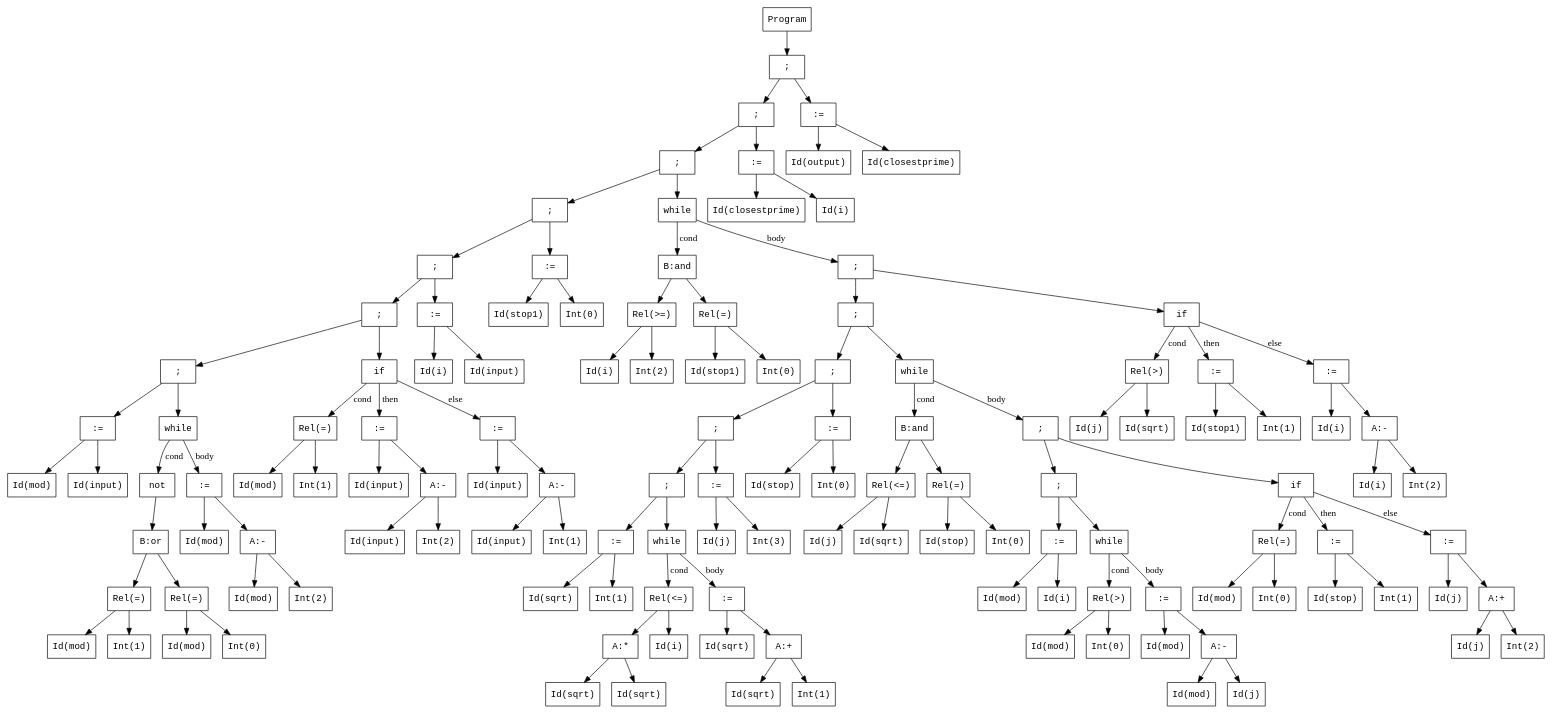
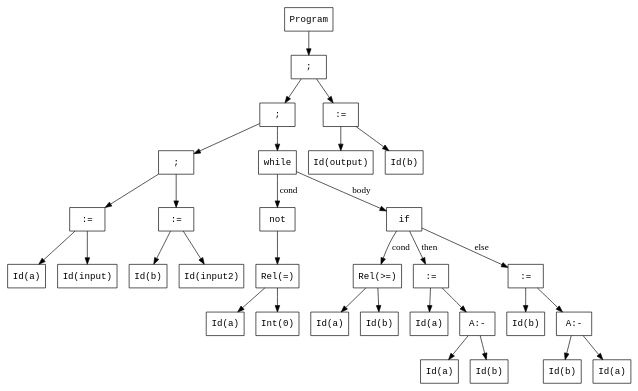
Before and after one commit to CatchSyntaxTerror/Terminators: the diagram in task5/ast.dot, drawn with Graphviz. The commit also changed 74 other files, not shown here.

```diff
--- a/task5/ast.dot
+++ b/task5/ast.dot
@@ -4,259 +4,63 @@
   n2 [label=";"];
   n3 [label=";"];
   n4 [label=";"];
-  n5 [label=";"];
-  n6 [label=";"];
-  n7 [label=";"];
-  n8 [label=";"];
-  n9 [label=":="];
-  n10 [label="Id(mod)"];
-  n11 [label="Id(input)"];
-  n9 -> n10;
-  n9 -> n11;
-  n12 [label="while"];
-  n13 [label="not"];
-  n14 [label="B:or"];
-  n15 [label="Rel(=)"];
-  n16 [label="Id(mod)"];
-  n17 [label="Int(1)"];
-  n15 -> n16;
-  n15 -> n17;
-  n18 [label="Rel(=)"];
-  n19 [label="Id(mod)"];
-  n20 [label="Int(0)"];
-  n18 -> n19;
-  n18 -> n20;
-  n14 -> n15;
-  n14 -> n18;
+  n5 [label=":="];
+  n6 [label="Id(a)"];
+  n7 [label="Id(input)"];
+  n5 -> n6;
+  n5 -> n7;
+  n8 [label=":="];
+  n9 [label="Id(b)"];
+  n10 [label="Id(input2)"];
+  n8 -> n9;
+  n8 -> n10;
+  n4 -> n5;
+  n4 -> n8;
+  n11 [label="while"];
+  n12 [label="not"];
+  n13 [label="Rel(=)"];
+  n14 [label="Id(a)"];
+  n15 [label="Int(0)"];
   n13 -> n14;
-  n21 [label=":="];
-  n22 [label="Id(mod)"];
-  n23 [label="A:-"];
-  n24 [label="Id(mod)"];
-  n25 [label="Int(2)"];
-  n23 -> n24;
-  n23 -> n25;
-  n21 -> n22;
-  n21 -> n23;
-  n12 -> n13 [label="cond"];
-  n12 -> n21 [label="body"];
-  n8 -> n9;
-  n8 -> n12;
-  n26 [label="if"];
-  n27 [label="Rel(=)"];
-  n28 [label="Id(mod)"];
-  n29 [label="Int(1)"];
+  n13 -> n15;
+  n12 -> n13;
+  n16 [label="if"];
+  n17 [label="Rel(>=)"];
+  n18 [label="Id(a)"];
+  n19 [label="Id(b)"];
+  n17 -> n18;
+  n17 -> n19;
+  n20 [label=":="];
+  n21 [label="Id(a)"];
+  n22 [label="A:-"];
+  n23 [label="Id(a)"];
+  n24 [label="Id(b)"];
+  n22 -> n23;
+  n22 -> n24;
+  n20 -> n21;
+  n20 -> n22;
+  n25 [label=":="];
+  n26 [label="Id(b)"];
+  n27 [label="A:-"];
+  n28 [label="Id(b)"];
+  n29 [label="Id(a)"];
   n27 -> n28;
   n27 -> n29;
+  n25 -> n26;
+  n25 -> n27;
+  n16 -> n17 [label="cond"];
+  n16 -> n20 [label="then"];
+  n16 -> n25 [label="else"];
+  n11 -> n12 [label="cond"];
+  n11 -> n16 [label="body"];
+  n3 -> n4;
+  n3 -> n11;
   n30 [label=":="];
-  n31 [label="Id(input)"];
-  n32 [label="A:-"];
-  n33 [label="Id(input)"];
-  n34 [label="Int(2)"];
-  n32 -> n33;
-  n32 -> n34;
+  n31 [label="Id(output)"];
+  n32 [label="Id(b)"];
   n30 -> n31;
   n30 -> n32;
-  n35 [label=":="];
-  n36 [label="Id(input)"];
-  n37 [label="A:-"];
-  n38 [label="Id(input)"];
-  n39 [label="Int(1)"];
-  n37 -> n38;
-  n37 -> n39;
-  n35 -> n36;
-  n35 -> n37;
-  n26 -> n27 [label="cond"];
-  n26 -> n30 [label="then"];
-  n26 -> n35 [label="else"];
-  n7 -> n8;
-  n7 -> n26;
-  n40 [label=":="];
-  n41 [label="Id(i)"];
-  n42 [label="Id(input)"];
-  n40 -> n41;
-  n40 -> n42;
-  n6 -> n7;
-  n6 -> n40;
-  n43 [label=":="];
-  n44 [label="Id(stop1)"];
-  n45 [label="Int(0)"];
-  n43 -> n44;
-  n43 -> n45;
-  n5 -> n6;
-  n5 -> n43;
-  n46 [label="while"];
-  n47 [label="B:and"];
-  n48 [label="Rel(>=)"];
-  n49 [label="Id(i)"];
-  n50 [label="Int(2)"];
-  n48 -> n49;
-  n48 -> n50;
-  n51 [label="Rel(=)"];
-  n52 [label="Id(stop1)"];
-  n53 [label="Int(0)"];
-  n51 -> n52;
-  n51 -> n53;
-  n47 -> n48;
-  n47 -> n51;
-  n54 [label=";"];
-  n55 [label=";"];
-  n56 [label=";"];
-  n57 [label=";"];
-  n58 [label=";"];
-  n59 [label=":="];
-  n60 [label="Id(sqrt)"];
-  n61 [label="Int(1)"];
-  n59 -> n60;
-  n59 -> n61;
-  n62 [label="while"];
-  n63 [label="Rel(<=)"];
-  n64 [label="A:*"];
-  n65 [label="Id(sqrt)"];
-  n66 [label="Id(sqrt)"];
-  n64 -> n65;
-  n64 -> n66;
-  n67 [label="Id(i)"];
-  n63 -> n64;
-  n63 -> n67;
-  n68 [label=":="];
-  n69 [label="Id(sqrt)"];
-  n70 [label="A:+"];
-  n71 [label="Id(sqrt)"];
-  n72 [label="Int(1)"];
-  n70 -> n71;
-  n70 -> n72;
-  n68 -> n69;
-  n68 -> n70;
-  n62 -> n63 [label="cond"];
-  n62 -> n68 [label="body"];
-  n58 -> n59;
-  n58 -> n62;
-  n73 [label=":="];
-  n74 [label="Id(j)"];
-  n75 [label="Int(3)"];
-  n73 -> n74;
-  n73 -> n75;
-  n57 -> n58;
-  n57 -> n73;
-  n76 [label=":="];
-  n77 [label="Id(stop)"];
-  n78 [label="Int(0)"];
-  n76 -> n77;
-  n76 -> n78;
-  n56 -> n57;
-  n56 -> n76;
-  n79 [label="while"];
-  n80 [label="B:and"];
-  n81 [label="Rel(<=)"];
-  n82 [label="Id(j)"];
-  n83 [label="Id(sqrt)"];
-  n81 -> n82;
-  n81 -> n83;
-  n84 [label="Rel(=)"];
-  n85 [label="Id(stop)"];
-  n86 [label="Int(0)"];
-  n84 -> n85;
-  n84 -> n86;
-  n80 -> n81;
-  n80 -> n84;
-  n87 [label=";"];
-  n88 [label=";"];
-  n89 [label=":="];
-  n90 [label="Id(mod)"];
-  n91 [label="Id(i)"];
-  n89 -> n90;
-  n89 -> n91;
-  n92 [label="while"];
-  n93 [label="Rel(>)"];
-  n94 [label="Id(mod)"];
-  n95 [label="Int(0)"];
-  n93 -> n94;
-  n93 -> n95;
-  n96 [label=":="];
-  n97 [label="Id(mod)"];
-  n98 [label="A:-"];
-  n99 [label="Id(mod)"];
-  n100 [label="Id(j)"];
-  n98 -> n99;
-  n98 -> n100;
-  n96 -> n97;
-  n96 -> n98;
-  n92 -> n93 [label="cond"];
-  n92 -> n96 [label="body"];
-  n88 -> n89;
-  n88 -> n92;
-  n101 [label="if"];
-  n102 [label="Rel(=)"];
-  n103 [label="Id(mod)"];
-  n104 [label="Int(0)"];
-  n102 -> n103;
-  n102 -> n104;
-  n105 [label=":="];
-  n106 [label="Id(stop)"];
-  n107 [label="Int(1)"];
-  n105 -> n106;
-  n105 -> n107;
-  n108 [label=":="];
-  n109 [label="Id(j)"];
-  n110 [label="A:+"];
-  n111 [label="Id(j)"];
-  n112 [label="Int(2)"];
-  n110 -> n111;
-  n110 -> n112;
-  n108 -> n109;
-  n108 -> n110;
-  n101 -> n102 [label="cond"];
-  n101 -> n105 [label="then"];
-  n101 -> n108 [label="else"];
-  n87 -> n88;
-  n87 -> n101;
-  n79 -> n80 [label="cond"];
-  n79 -> n87 [label="body"];
-  n55 -> n56;
-  n55 -> n79;
-  n113 [label="if"];
-  n114 [label="Rel(>)"];
-  n115 [label="Id(j)"];
-  n116 [label="Id(sqrt)"];
-  n114 -> n115;
-  n114 -> n116;
-  n117 [label=":="];
-  n118 [label="Id(stop1)"];
-  n119 [label="Int(1)"];
-  n117 -> n118;
-  n117 -> n119;
-  n120 [label=":="];
-  n121 [label="Id(i)"];
-  n122 [label="A:-"];
-  n123 [label="Id(i)"];
-  n124 [label="Int(2)"];
-  n122 -> n123;
-  n122 -> n124;
-  n120 -> n121;
-  n120 -> n122;
-  n113 -> n114 [label="cond"];
-  n113 -> n117 [label="then"];
-  n113 -> n120 [label="else"];
-  n54 -> n55;
-  n54 -> n113;
-  n46 -> n47 [label="cond"];
-  n46 -> n54 [label="body"];
-  n4 -> n5;
-  n4 -> n46;
-  n125 [label=":="];
-  n126 [label="Id(closestprime)"];
-  n127 [label="Id(i)"];
-  n125 -> n126;
-  n125 -> n127;
-  n3 -> n4;
-  n3 -> n125;
-  n128 [label=":="];
-  n129 [label="Id(output)"];
-  n130 [label="Id(closestprime)"];
-  n128 -> n129;
-  n128 -> n130;
   n2 -> n3;
-  n2 -> n128;
+  n2 -> n30;
   n1 -> n2;
 }
```
